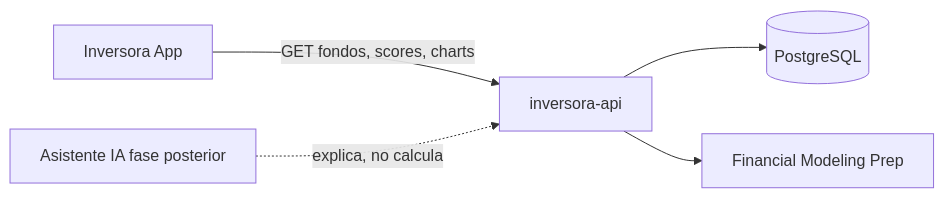
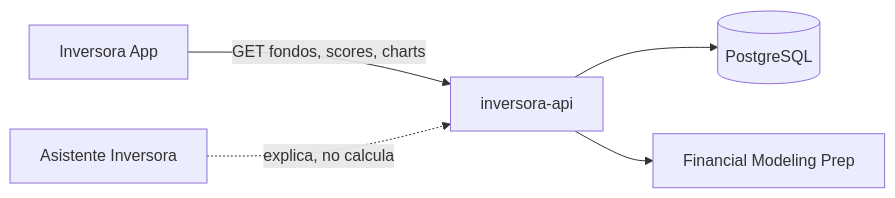
Before and after one commit to develop-iro/inversora-api: the diagram in docs/purpose-and-scope.md, drawn with Mermaid. The commit also changed other lines of this file and 50 other files, not shown here.

````diff
--- a/docs/purpose-and-scope.md
+++ b/docs/purpose-and-scope.md
@@ -30,13 +39,13 @@
 ```mermaid
 flowchart LR
     App[Inversora App]
     API[inversora-api]
     DB[(PostgreSQL)]
     FMP[Financial Modeling Prep]
-    FutureAssistant[Asistente IA fase posterior]
+    FutureAssistant[Asistente Inversora]
 
     App -->|"GET fondos, scores, charts"| API
     API --> DB
     API --> FMP
     FutureAssistant -.->|"explica, no calcula"| API
 ```
````
